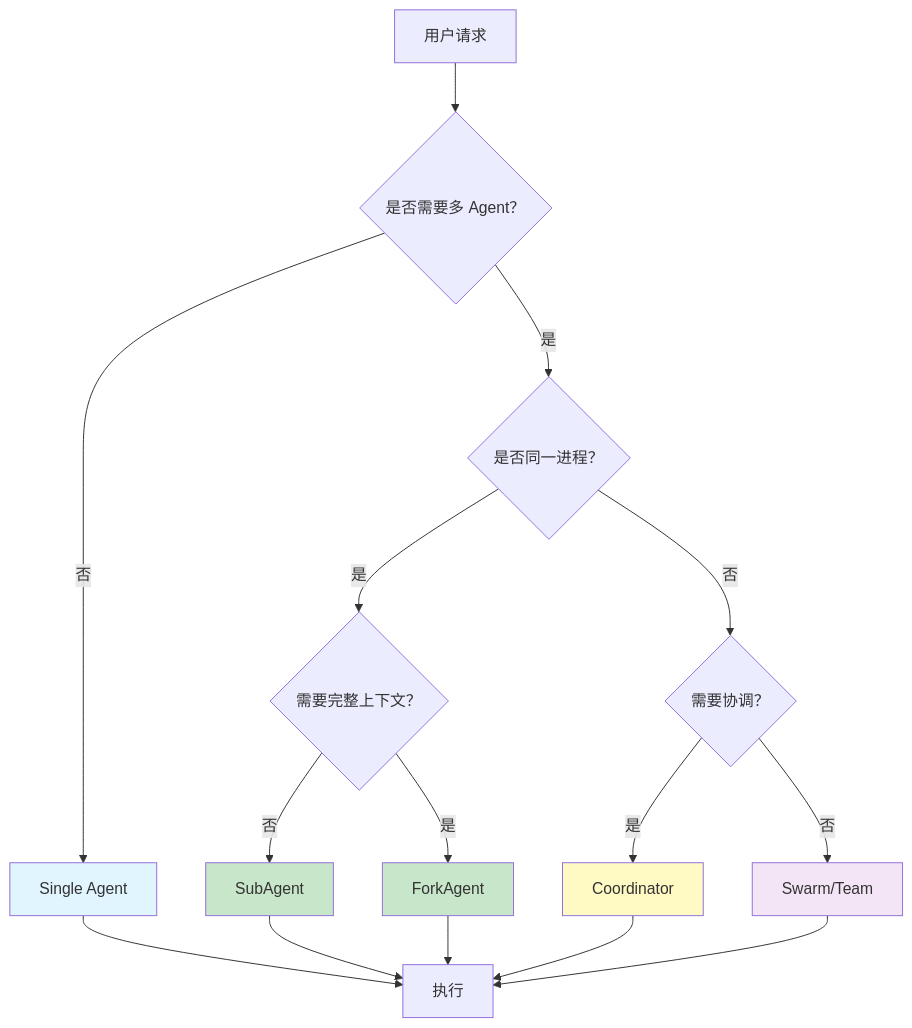
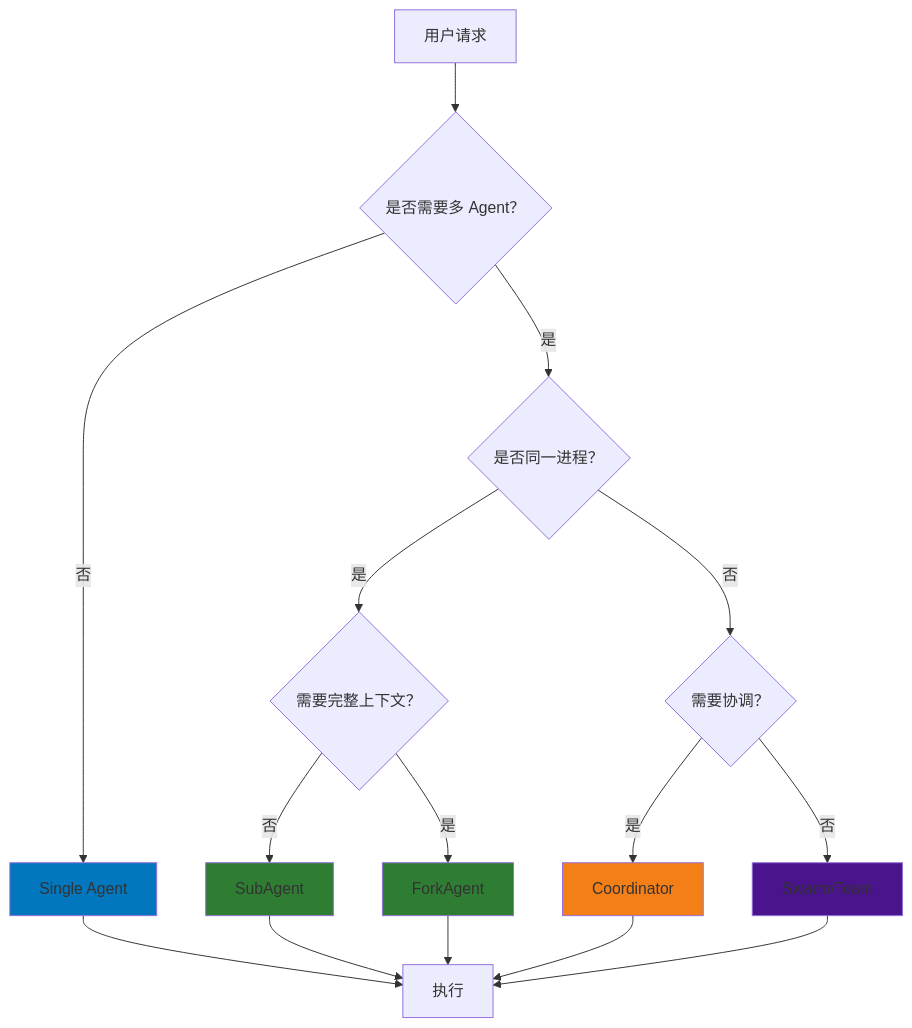
One commit to platootalp/harness-code changed the sixth of 15 diagrams in harness/docs/deep/AGENT-SYSTEM.md. Above: the diagram before and after it, drawn with Mermaid. The commit also changed other lines of this file and 10 other files, not shown here.

````diff
--- a/harness/docs/deep/AGENT-SYSTEM.md
+++ b/harness/docs/deep/AGENT-SYSTEM.md
@@ -450,28 +450,28 @@
 ```mermaid
 flowchart TD
     Start["用户请求"] --> NeedAgent{"是否需要多 Agent？"}
 
     NeedAgent -->|否| Single["Single Agent"]
 
     NeedAgent -->|是| SameProcess{"是否同一进程？"}
 
     SameProcess -->|是| HaveContext{"需要完整上下文？"}
     HaveContext -->|是| Fork["ForkAgent"]
     HaveContext -->|否| SubAgent["SubAgent"]
 
     SameProcess -->|否| NeedCoord{"需要协调？"}
     NeedCoord -->|是| Coord["Coordinator"]
     NeedCoord -->|否| Swarm["Swarm/Team"]
 
     Single --> End["执行"]
     SubAgent --> End
     Fork --> End
     Coord --> End
     Swarm --> End
 
-    style Single fill:#e1f5fe
-    style SubAgent fill:#c8e6c9
-    style Fork fill:#c8e6c9
-    style Coord fill:#fff9c4
-    style Swarm fill:#f3e5f5
+    style Single fill:#0277bd
+    style SubAgent fill:#2e7d32
+    style Fork fill:#2e7d32
+    style Coord fill:#f57f17
+    style Swarm fill:#4a148c
 ```
````
